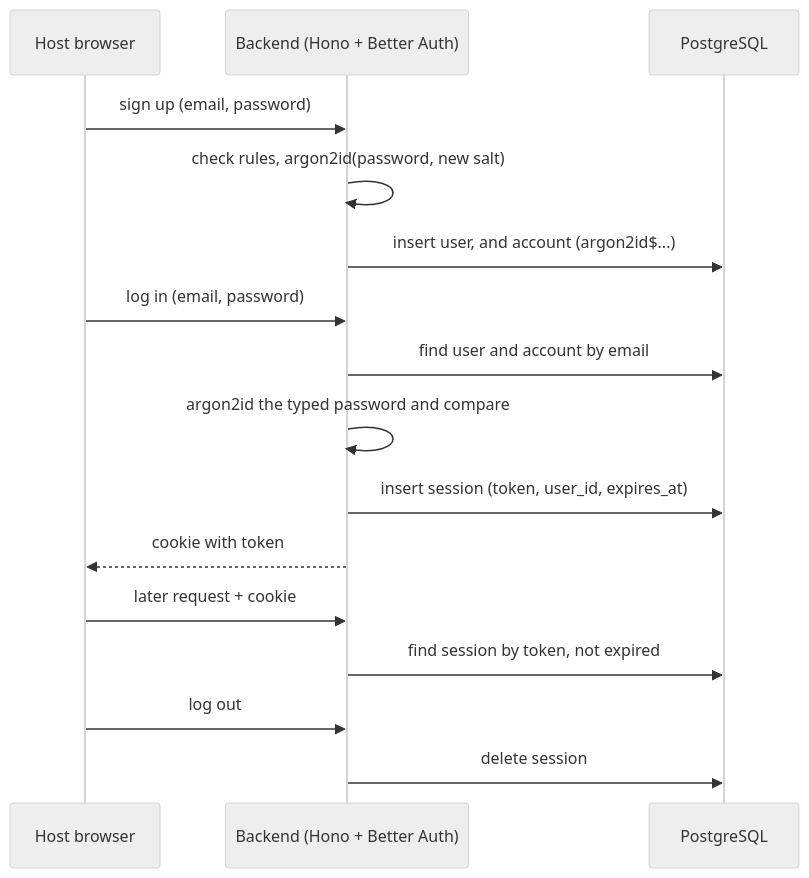
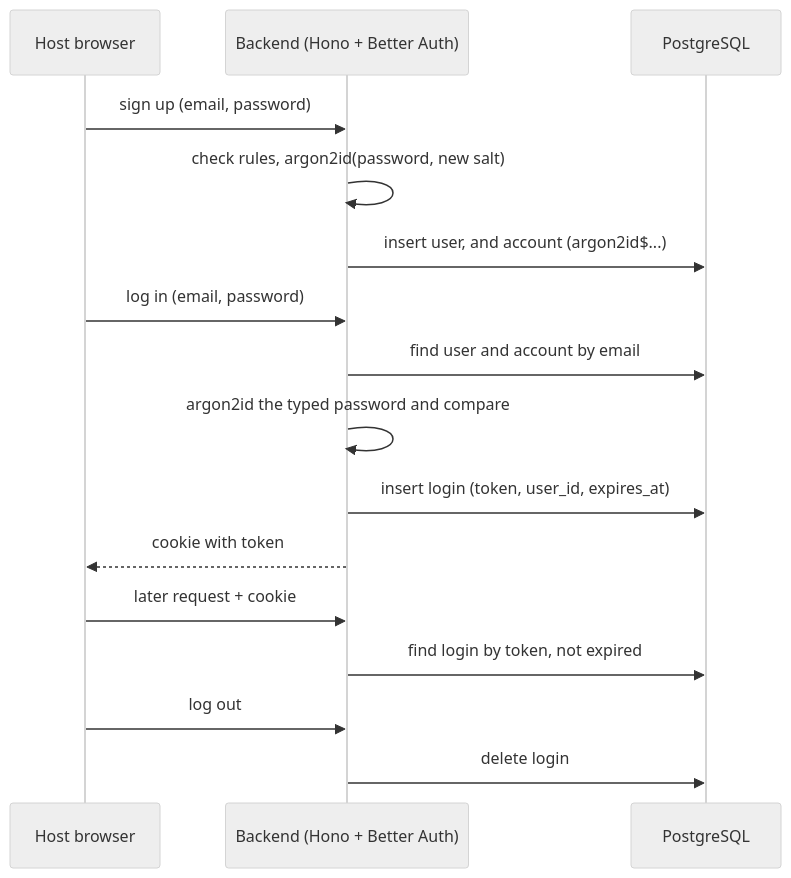
Before and after one commit to WH1TE-SHAD0W/ai-dubbing-studio: the diagram in docs/adr/0003-host-authentication.md, drawn with Mermaid (neutral theme). The commit also changed other lines of this file, not shown here.

Commit message:
docs: call Better Auth's session table logins in ADR-0003 (YGP-12)

````diff
--- a/docs/adr/0003-host-authentication.md
+++ b/docs/adr/0003-host-authentication.md
@@ -155,18 +156,18 @@
 ```mermaid
 sequenceDiagram
   participant H as Host browser
   participant B as Backend (Hono + Better Auth)
   participant D as PostgreSQL
   H->>B: sign up (email, password)
   B->>B: check rules, argon2id(password, new salt)
   B->>D: insert user, and account (argon2id$...)
   H->>B: log in (email, password)
   B->>D: find user and account by email
   B->>B: argon2id the typed password and compare
-  B->>D: insert session (token, user_id, expires_at)
+  B->>D: insert login (token, user_id, expires_at)
   B-->>H: cookie with token
   H->>B: later request + cookie
-  B->>D: find session by token, not expired
+  B->>D: find login by token, not expired
   H->>B: log out
-  B->>D: delete session
+  B->>D: delete login
 ```
````
